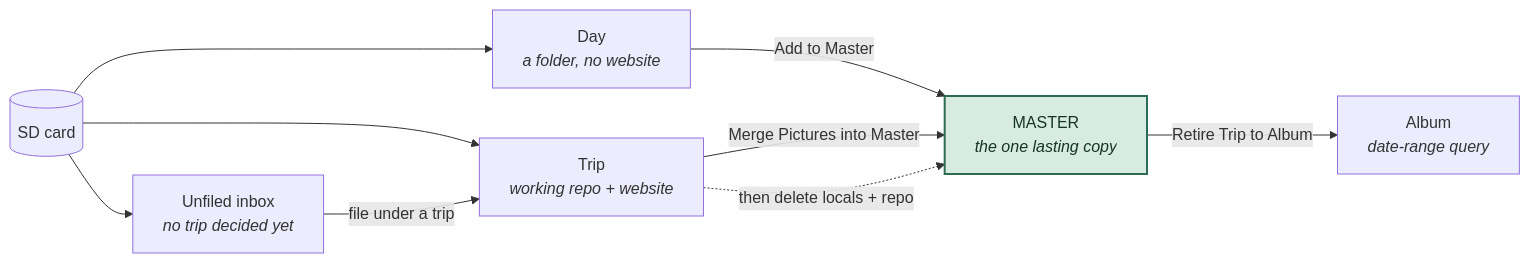
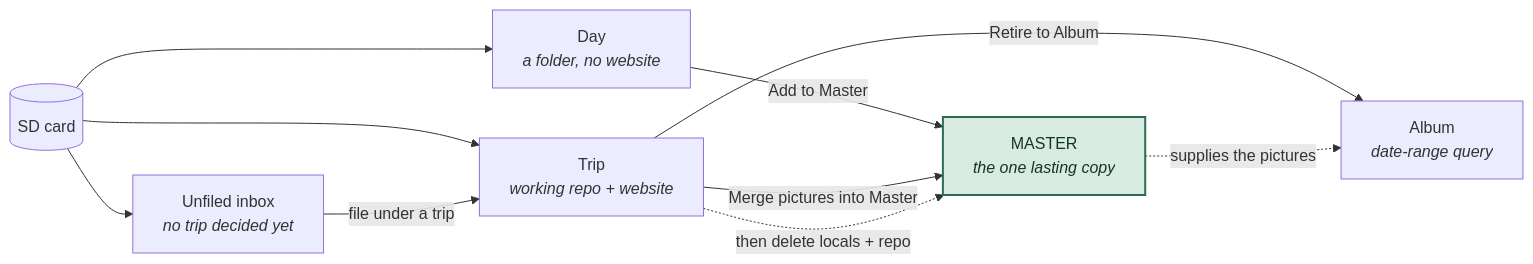
Before and after one commit to gilbert-houtekamer/SpeciesViewer: the diagram in docs/manual/00-concepts.md, drawn with Mermaid. The commit also changed other lines of this file and 5 other files, not shown here.

````diff
--- a/docs/manual/00-concepts.md
+++ b/docs/manual/00-concepts.md
@@ -162,21 +140,22 @@
 ```mermaid
 flowchart LR
     CARD[(SD card)]
     UNF["Unfiled inbox<br/><i>no trip decided yet</i>"]
     DAY["Day<br/><i>a folder, no website</i>"]
     TRIP["Trip<br/><i>working repo + website</i>"]
     MASTER["MASTER<br/><i>the one lasting copy</i>"]
     ALBUM["Album<br/><i>date-range query</i>"]
 
     CARD --> UNF
     CARD --> TRIP
     CARD --> DAY
     UNF -- "file under a trip" --> TRIP
     DAY -- "Add to Master" --> MASTER
-    TRIP -- "Merge Pictures into Master" --> MASTER
-    MASTER -- "Retire Trip to Album" --> ALBUM
+    TRIP -- "Merge pictures into Master" --> MASTER
+    TRIP -- "Retire to Album" --> ALBUM
+    MASTER -. "supplies the pictures" .-> ALBUM
     TRIP -. "then delete locals + repo" .-> MASTER
 
     classDef m fill:#d8ebe1,stroke:#2e6b54,stroke-width:2px,color:#14342a;
     class MASTER m;
 ```
````
